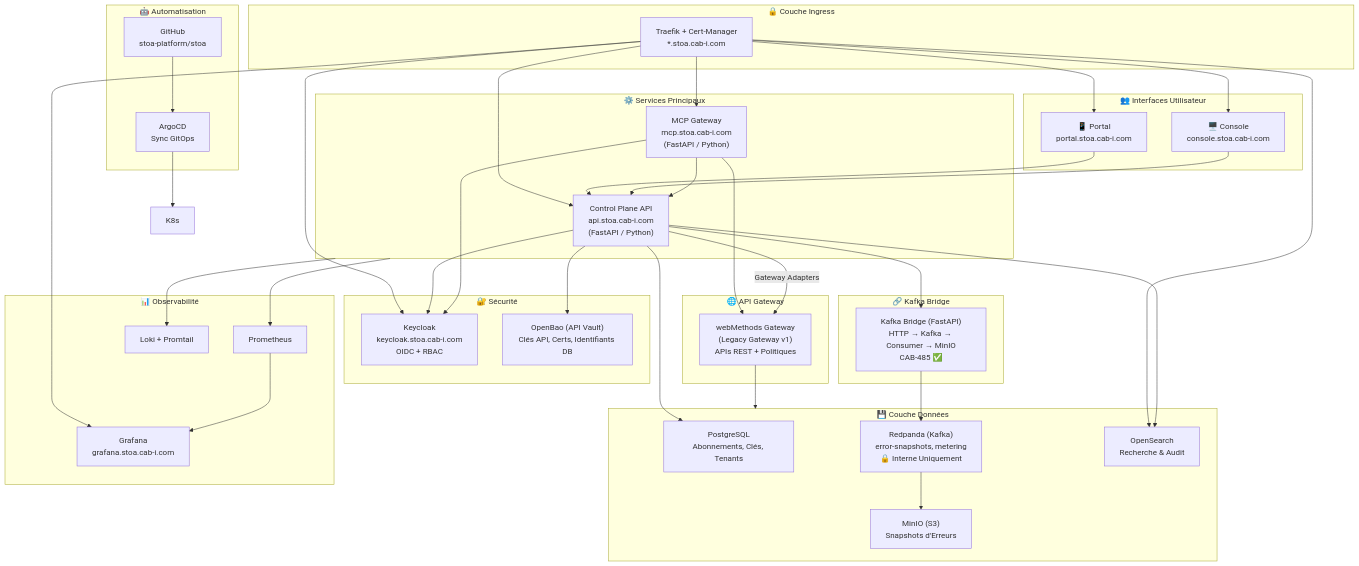
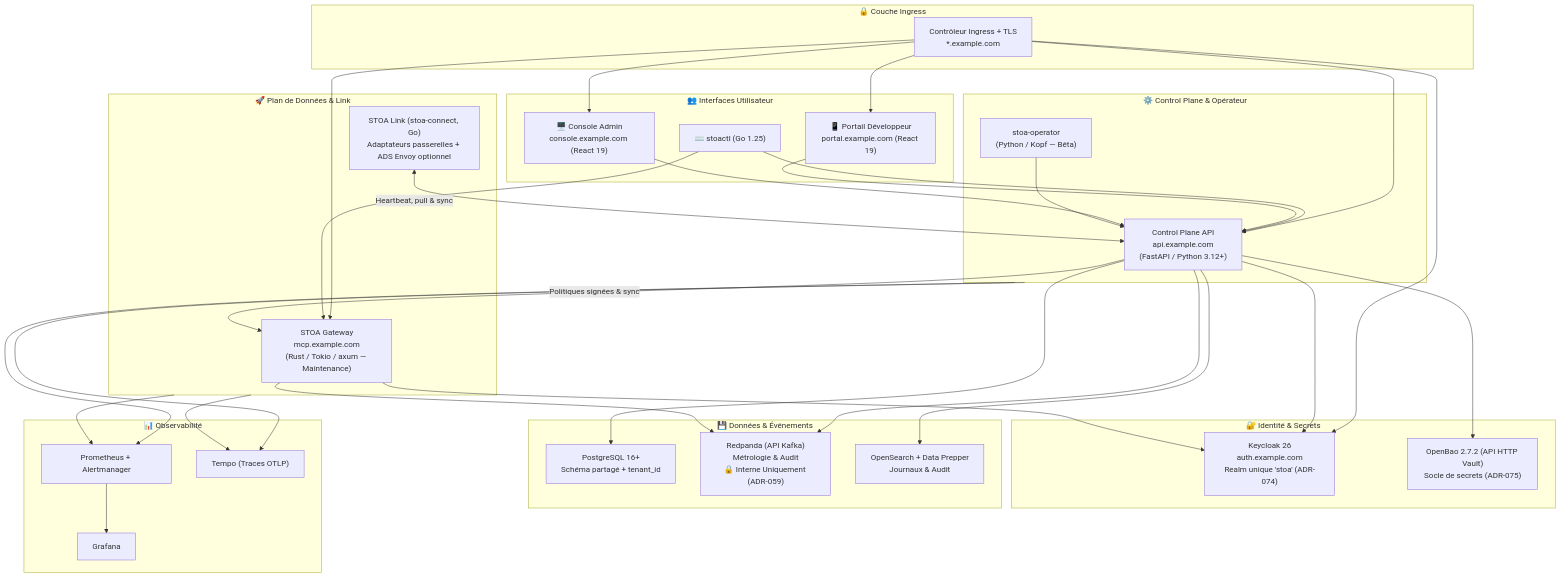
One commit to stoa-platform/stoa-docs changed the first of 3 diagrams in i18n/fr/docusaurus-plugin-content-docs/current/architecture/architecture-overview.md. Above: the diagram before and after it, drawn with Mermaid. The commit also changed other lines of this file and 31 other files, not shown here.

First line of the commit message:
docs(arch): align architecture, tenant model, secrets, and ADR index with ADR-073/074/075 (EN/FR)

````diff
--- a/i18n/fr/docusaurus-plugin-content-docs/current/architecture/architecture-overview.md
+++ b/i18n/fr/docusaurus-plugin-content-docs/current/architecture/architecture-overview.md
@@ -25,60 +21,50 @@
 ```mermaid
 flowchart TB
     subgraph Ingress["🔒 Couche Ingress"]
-        Traefik["Traefik + Cert-Manager<br/>*.stoa.cab-i.com"]
+        Ing["Contrôleur Ingress + TLS<br/>*.example.com"]
     end
 
     subgraph UIs["👥 Interfaces Utilisateur"]
-        Portal["📱 Portal<br/>portal.stoa.cab-i.com"]
-        Console["🖥️ Console<br/>console.stoa.cab-i.com"]
+        Portal["📱 Portail Développeur<br/>portal.example.com (React 19)"]
+        Console["🖥️ Console Admin<br/>console.example.com (React 19)"]
+        CLI["⌨️ stoactl (Go 1.25)"]
     end
 
-    subgraph Core["⚙️ Services Principaux"]
-        API["Control Plane API<br/>api.stoa.cab-i.com<br/>(FastAPI / Python)"]
-        MCP["MCP Gateway<br/>mcp.stoa.cab-i.com<br/>(FastAPI / Python)"]
+    subgraph Core["⚙️ Control Plane & Opérateur"]
+        API["Control Plane API<br/>api.example.com<br/>(FastAPI / Python 3.12+)"]
+        Op["stoa-operator<br/>(Python / Kopf — Bêta)"]
     end
 
-    subgraph Auth["🔐 Sécurité"]
-        KC["Keycloak<br/>keycloak.stoa.cab-i.com<br/>OIDC + RBAC"]
-        Vault["OpenBao (API Vault)<br/>Clés API, Certs, Identifiants DB"]
+    subgraph DP["🚀 Plan de Données & Link"]
+        GW["STOA Gateway<br/>mcp.example.com<br/>(Rust / Tokio / axum — Maintenance)"]
+        Link["STOA Link (stoa-connect, Go)<br/>Adaptateurs passerelles + ADS Envoy optionnel"]
     end
 
-    subgraph Gateway["🌐 API Gateway"]
-        wM["webMethods Gateway<br/>(Legacy Gateway v1)<br/>APIs REST + Politiques"]
+    subgraph Auth["🔐 Identité & Secrets"]
+        KC["Keycloak 26<br/>auth.example.com<br/>Realm unique 'stoa' (ADR-074)"]
+        Vault["OpenBao 2.7.2 (API HTTP Vault)<br/>Socle de secrets (ADR-075)"]
     end
 
-    subgraph Data["💾 Couche Données"]
-        PG["PostgreSQL<br/>Abonnements, Clés, Tenants"]
-        Kafka["Redpanda (Kafka)<br/>error-snapshots, metering<br/>🔒 Interne Uniquement"]
-        OS["OpenSearch<br/>Recherche & Audit"]
-        MinIO["MinIO (S3)<br/>Snapshots d'Erreurs"]
-    end
-
-    subgraph Bridge["🔗 Kafka Bridge"]
-        KB["Kafka Bridge (FastAPI)<br/>HTTP → Kafka → Consumer → MinIO<br/>CAB-485 ✅"]
+    subgraph Data["💾 Données & Événements"]
+        PG["PostgreSQL 16+<br/>Schéma partagé + tenant_id"]
+        Kafka["Redpanda (API Kafka)<br/>Métrologie & Audit<br/>🔒 Interne Uniquement (ADR-059)"]
+        OS["OpenSearch + Data Prepper<br/>Journaux & Audit"]
     end
 
     subgraph Obs["📊 Observabilité"]
-        Prom["Prometheus"]
-        Graf["Grafana<br/>grafana.stoa.cab-i.com"]
-        Loki["Loki + Promtail"]
+        Prom["Prometheus + Alertmanager"]
+        Graf["Grafana"]
+        Tempo["Tempo (Traces OTLP)"]
     end
 
-    subgraph Auto["🤖 Automatisation"]
-        GitHub["GitHub<br/>stoa-platform/stoa"]
-        Argo["ArgoCD<br/>Sync GitOps"]
-    end
-
-    Traefik --> Portal & Console & API & MCP & KC & Graf & OS
-    Portal --> API
-    Console --> API
-    API --> KC & Vault & PG & OS
-    MCP --> KC & API & wM
-    wM --> Data
-    API --> KB
-    KB --> Kafka --> MinIO
-    GitHub --> Argo --> K8s
-    API -->|"Gateway Adapters"| wM
-    Core --> Prom --> Graf
-    Core --> Loki
+    Ing --> Portal & Console & API & GW & KC
+    CLI --> API & GW
+    Portal & Console --> API
+    API --> KC & Vault & PG & Kafka & OS
+    Op --> API
+    GW --> KC & Kafka
+    API -->|"Politiques signées & sync"| GW
+    Link <-->|"Heartbeat, pull & sync"| API
+    Core & DP --> Prom --> Graf
+    Core & DP --> Tempo
 ```
````
